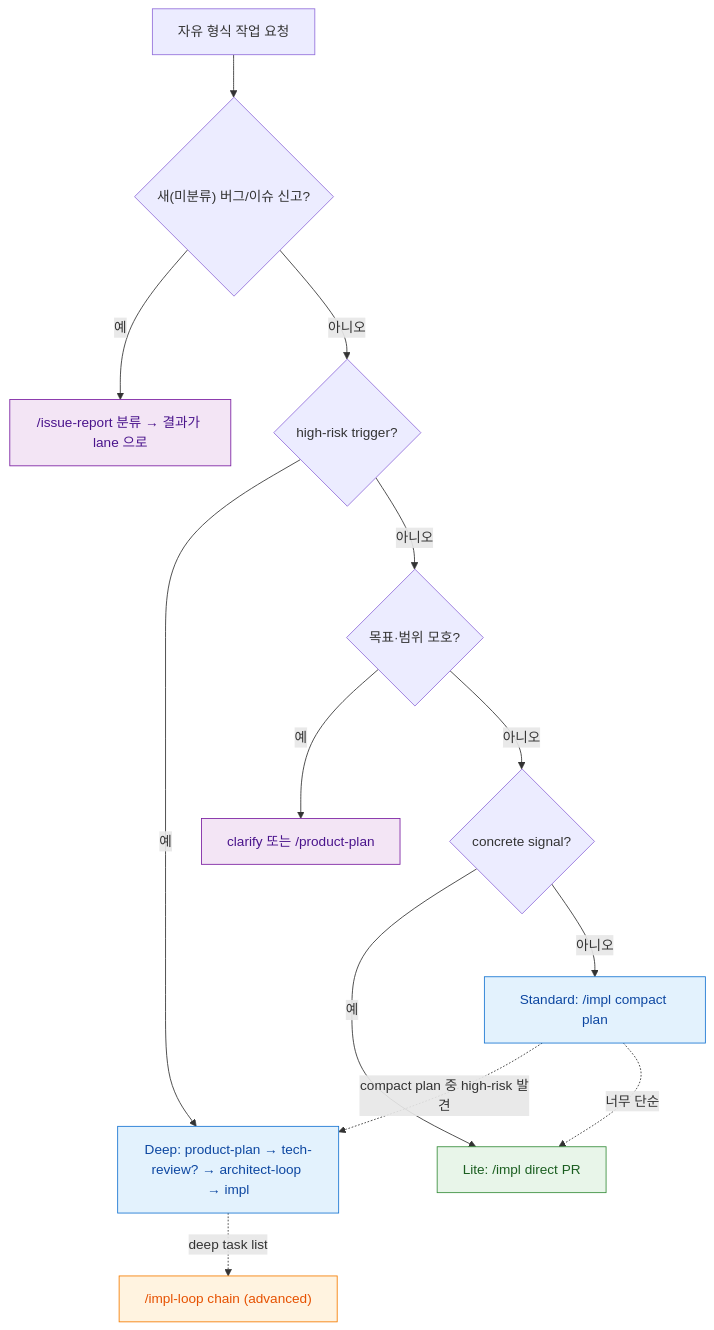
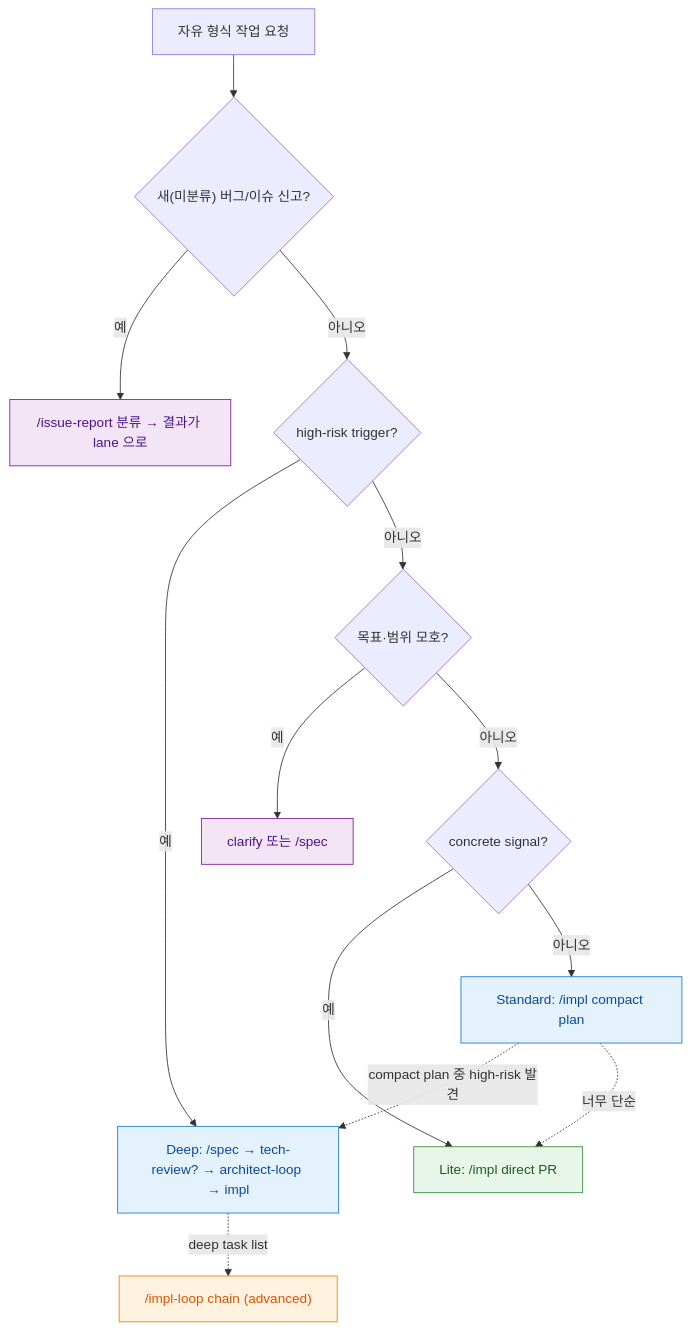
One commit to alruminum/dcNess changed the diagram in docs/plugin/workflow-router.md. Above: the diagram before and after it, drawn with Mermaid. The commit also changed other lines of this file and 8 other files, not shown here.

````diff
--- a/docs/plugin/workflow-router.md
+++ b/docs/plugin/workflow-router.md
@@ -44,26 +44,26 @@
 ```mermaid
 flowchart TB
   REQ["자유 형식 작업 요청"] --> BUG{"새(미분류) 버그/이슈 신고?"}
   BUG -->|예| IR["/issue-report 분류 → 결과가 lane 으로"]
   BUG -->|아니오| HR{"high-risk trigger?"}
-  HR -->|예| DP["Deep: product-plan → tech-review? → architect-loop → impl"]
+  HR -->|예| DP["Deep: /spec → tech-review? → architect-loop → impl"]
   HR -->|아니오| AM{"목표·범위 모호?"}
-  AM -->|예| CL["clarify 또는 /product-plan"]
+  AM -->|예| CL["clarify 또는 /spec"]
   AM -->|아니오| CS{"concrete signal?"}
   CS -->|예| LT["Lite: /impl direct PR"]
   CS -->|아니오| ST["Standard: /impl compact plan"]
   ST -.->|compact plan 중 high-risk 발견| DP
   ST -.->|너무 단순| LT
   DP -.->|deep task list| SHAPE["/impl-loop chain (advanced)"]
 
   classDef gate fill:#e3f2fd,stroke:#1976d2,color:#0d47a1
   classDef shape fill:#fff3e0,stroke:#f57c00,color:#e65100
   classDef clar fill:#f3e5f5,stroke:#7b1fa2,color:#4a148c
   classDef direct fill:#e8f5e9,stroke:#388e3c,color:#1b5e20
   class DP gate
   class SHAPE shape
   class CL clar
   class IR clar
   class LT direct
   class ST gate
 ```
````
